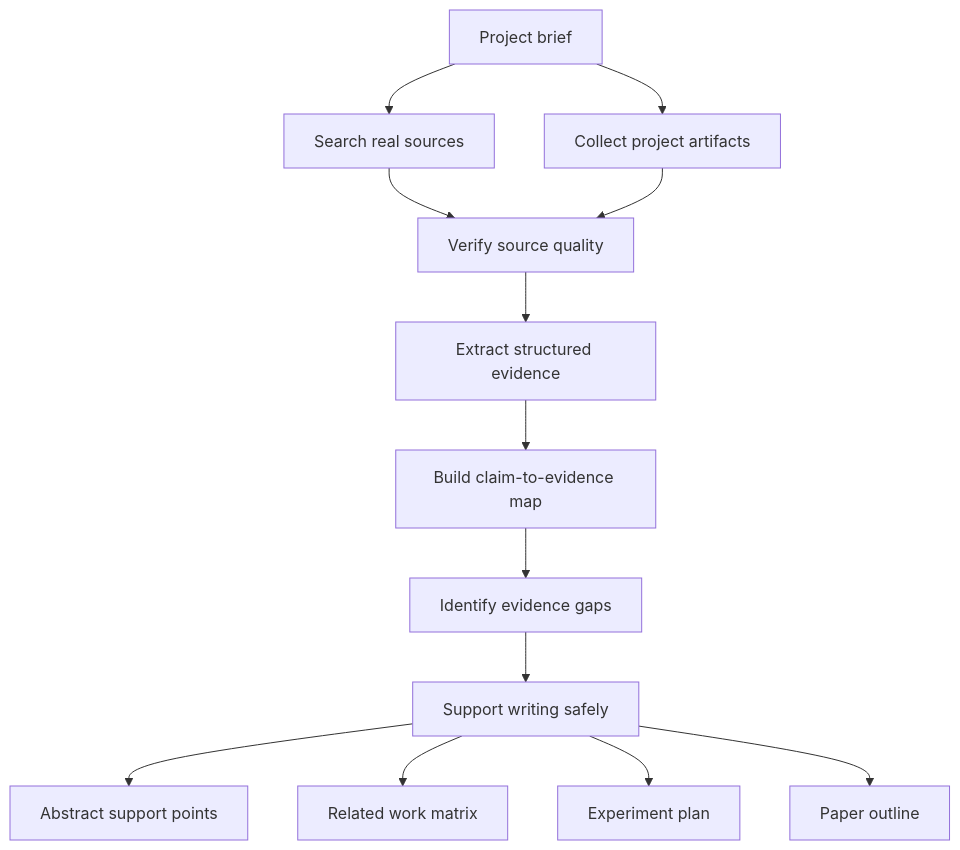
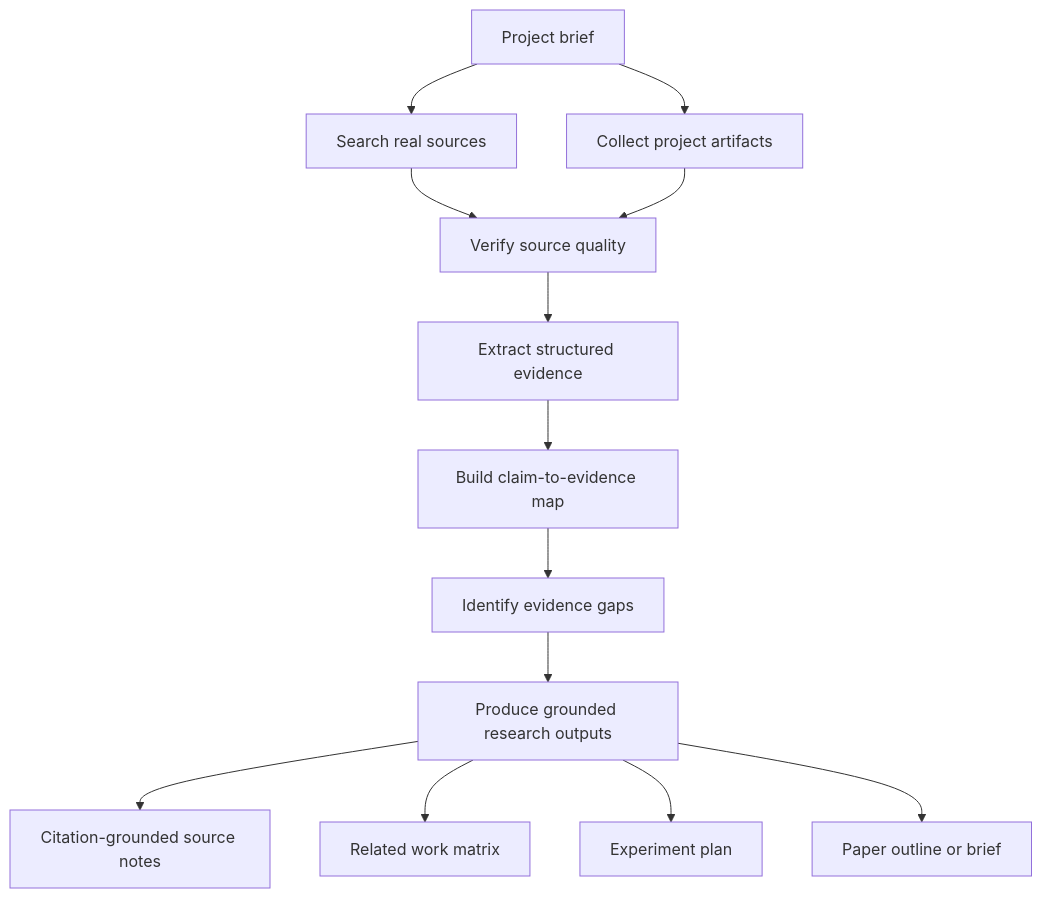
The diagram in README.md (sheepxux/SoPaper-Evidence), drawn with Mermaid before and after one commit. The commit also changed other lines of this file and 8 other files, not shown here.

````diff
--- a/README.md
+++ b/README.md
@@ -53,15 +53,15 @@
 ```mermaid
 flowchart TD
     A["Project brief"] --> B["Search real sources"]
     A --> C["Collect project artifacts"]
     B --> D["Verify source quality"]
     C --> D
     D --> E["Extract structured evidence"]
     E --> F["Build claim-to-evidence map"]
     F --> G["Identify evidence gaps"]
-    G --> H["Support writing safely"]
-    H --> I["Abstract support points"]
+    G --> H["Produce grounded research outputs"]
+    H --> I["Citation-grounded source notes"]
     H --> J["Related work matrix"]
     H --> K["Experiment plan"]
-    H --> L["Paper outline"]
+    H --> L["Paper outline or brief"]
 ```
````
